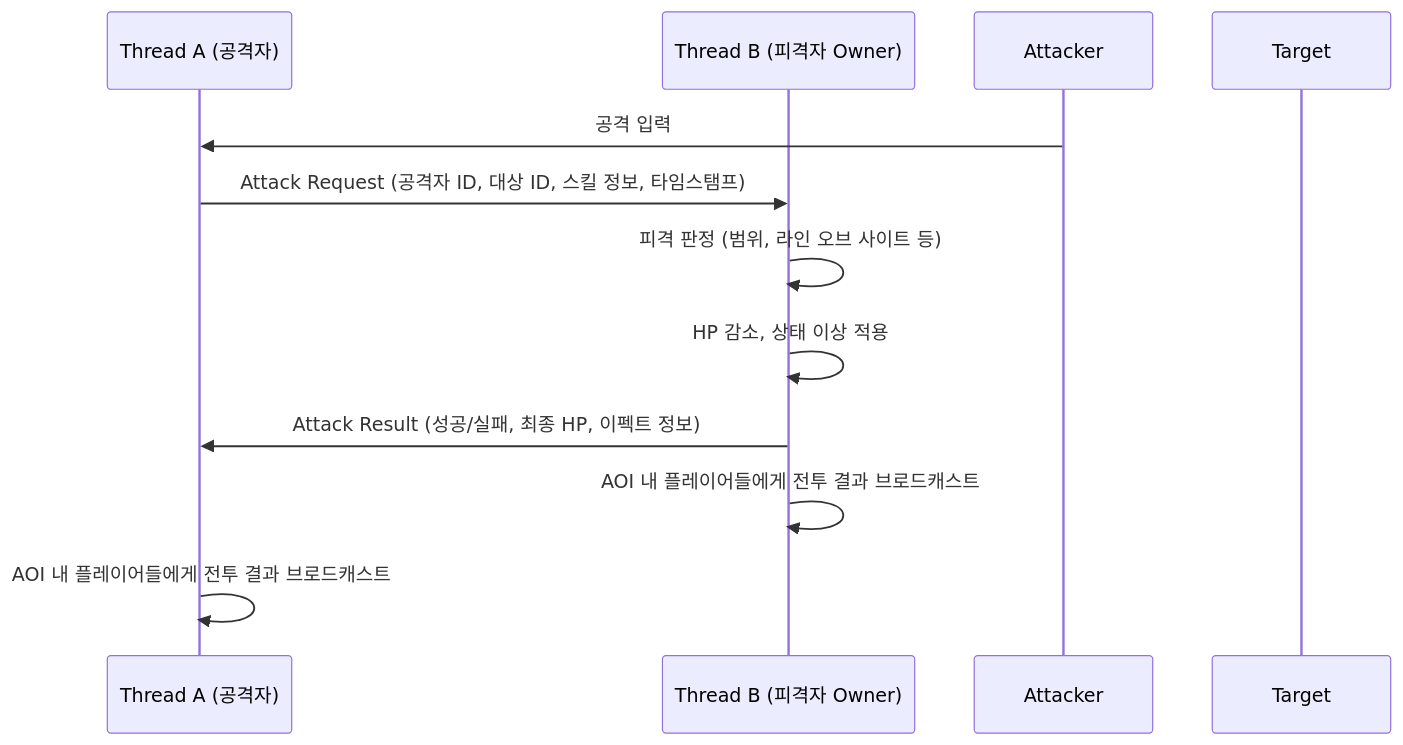
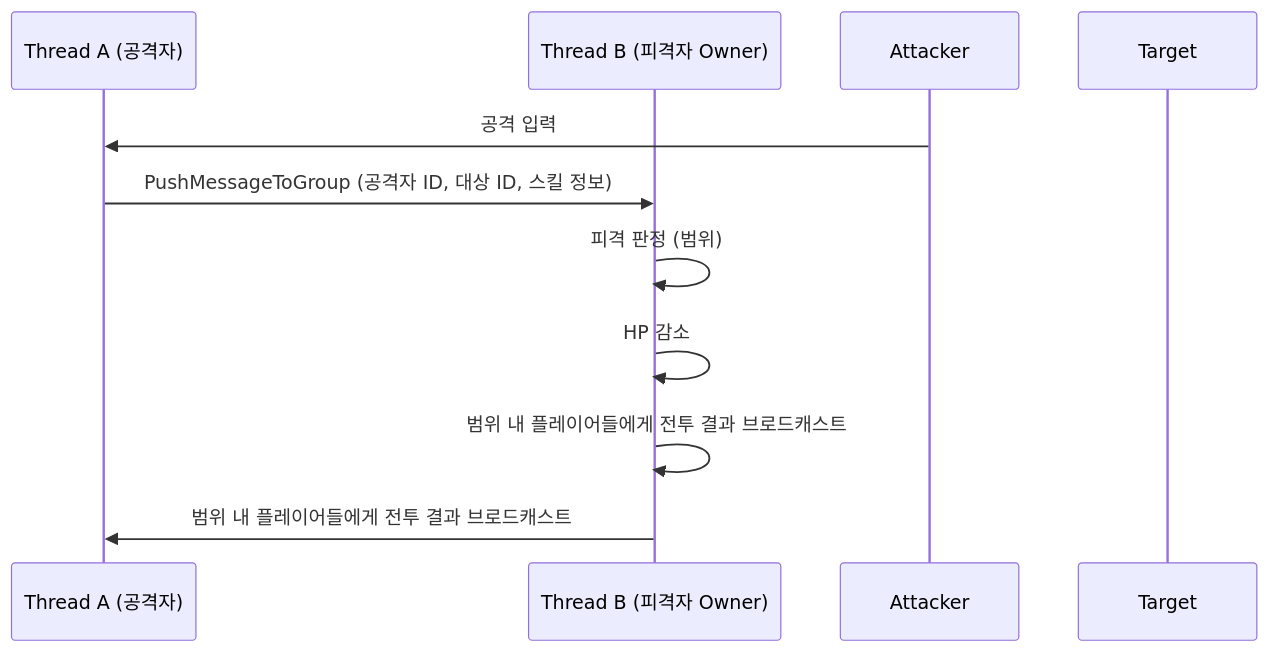
One commit to devMains/MMORPG-Portfolio changed the third of 3 diagrams in 2. Servers/GameServer/Architecture.md. Above: the diagram before and after it, drawn with Mermaid. The commit also changed other lines of this file, not shown here.

````diff
--- a/2. Servers/GameServer/Architecture.md
+++ b/2. Servers/GameServer/Architecture.md
@@ -107,15 +147,14 @@
 ```mermaid
 sequenceDiagram
     participant TA as Thread A (공격자)
     participant TB as Thread B (피격자 Owner)
     participant A as Attacker
     participant B as Target
     
     A->>TA: 공격 입력
-    TA->>TB: Attack Request (공격자 ID, 대상 ID, 스킬 정보, 타임스탬프)
-    TB->>TB: 피격 판정 (범위, 라인 오브 사이트 등)
-    TB->>TB: HP 감소, 상태 이상 적용
-    TB->>TA: Attack Result (성공/실패, 최종 HP, 이펙트 정보)
-    TB->>TB: AOI 내 플레이어들에게 전투 결과 브로드캐스트
-    TA->>TA: AOI 내 플레이어들에게 전투 결과 브로드캐스트
+    TA->>TB: PushMessageToGroup (공격자 ID, 대상 ID, 스킬 정보)
+    TB->>TB: 피격 판정 (범위)
+    TB->>TB: HP 감소
+    TB->>TB: 범위 내 플레이어들에게 전투 결과 브로드캐스트
+    TB->>TA: 범위 내 플레이어들에게 전투 결과 브로드캐스트
 ```
````
